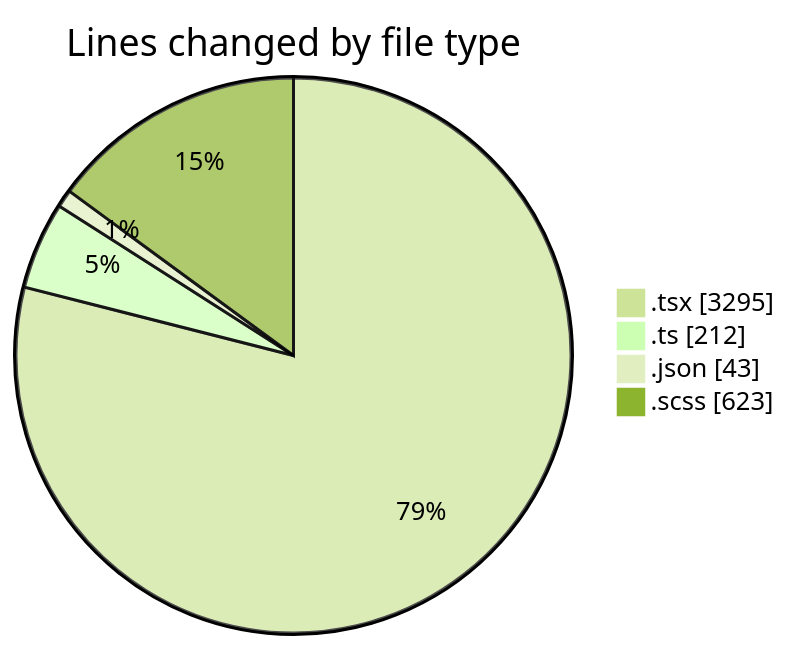
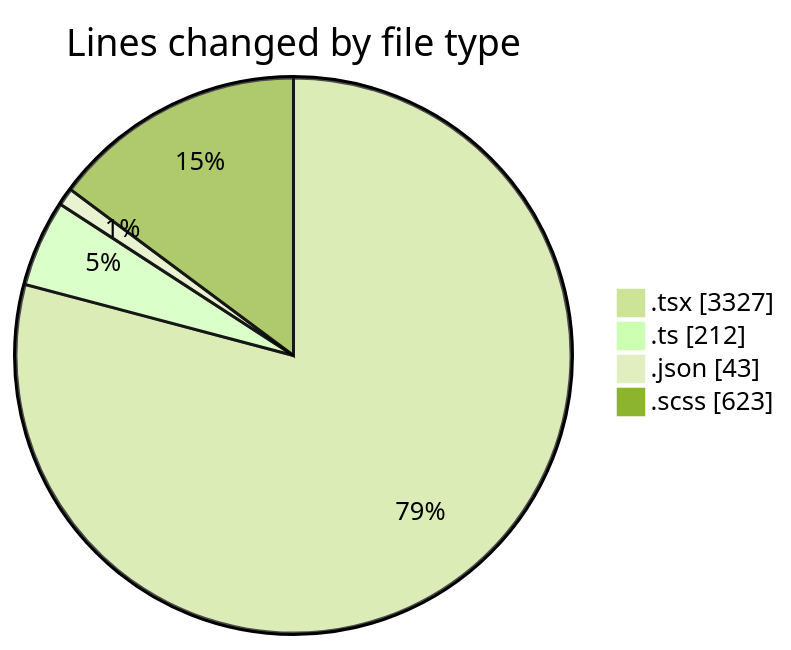
One commit to momahboobian/code-tracking changed the first of 2 diagrams in 2025-09-23/cda/README.md. Above: the diagram before and after it, drawn with Mermaid (forest theme). The commit also changed other lines of this file and 1 other file, not shown here.

````diff
--- a/2025-09-23/cda/README.md
+++ b/2025-09-23/cda/README.md
@@ -31,8 +31,8 @@
 ```mermaid
 pie showData
 title Lines changed by file type
-".tsx" : 3295
+".tsx" : 3327
 ".ts" : 212
 ".json" : 43
 ".scss" : 623
 ```
````
